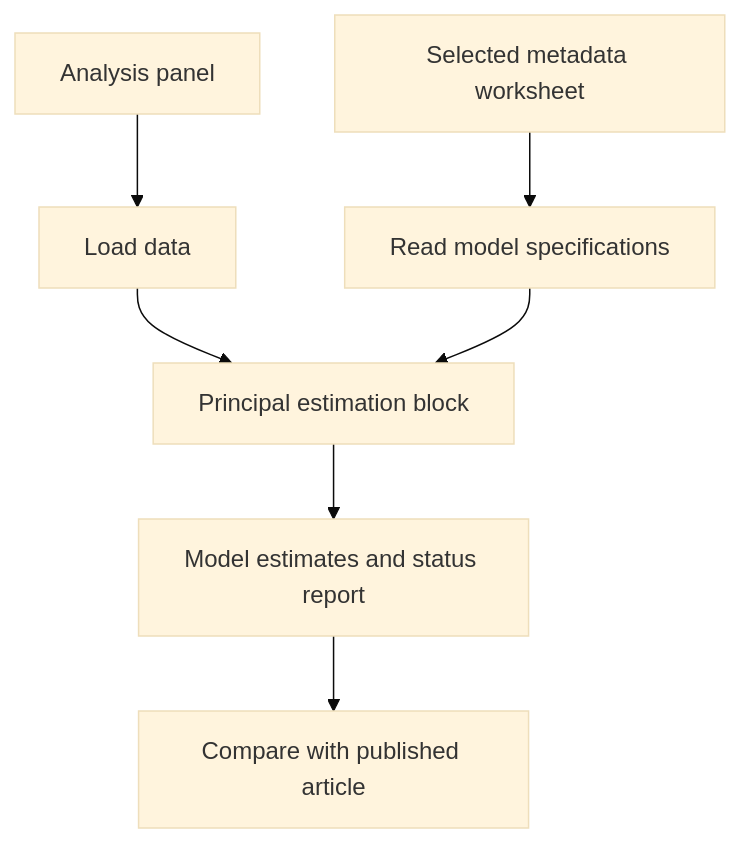
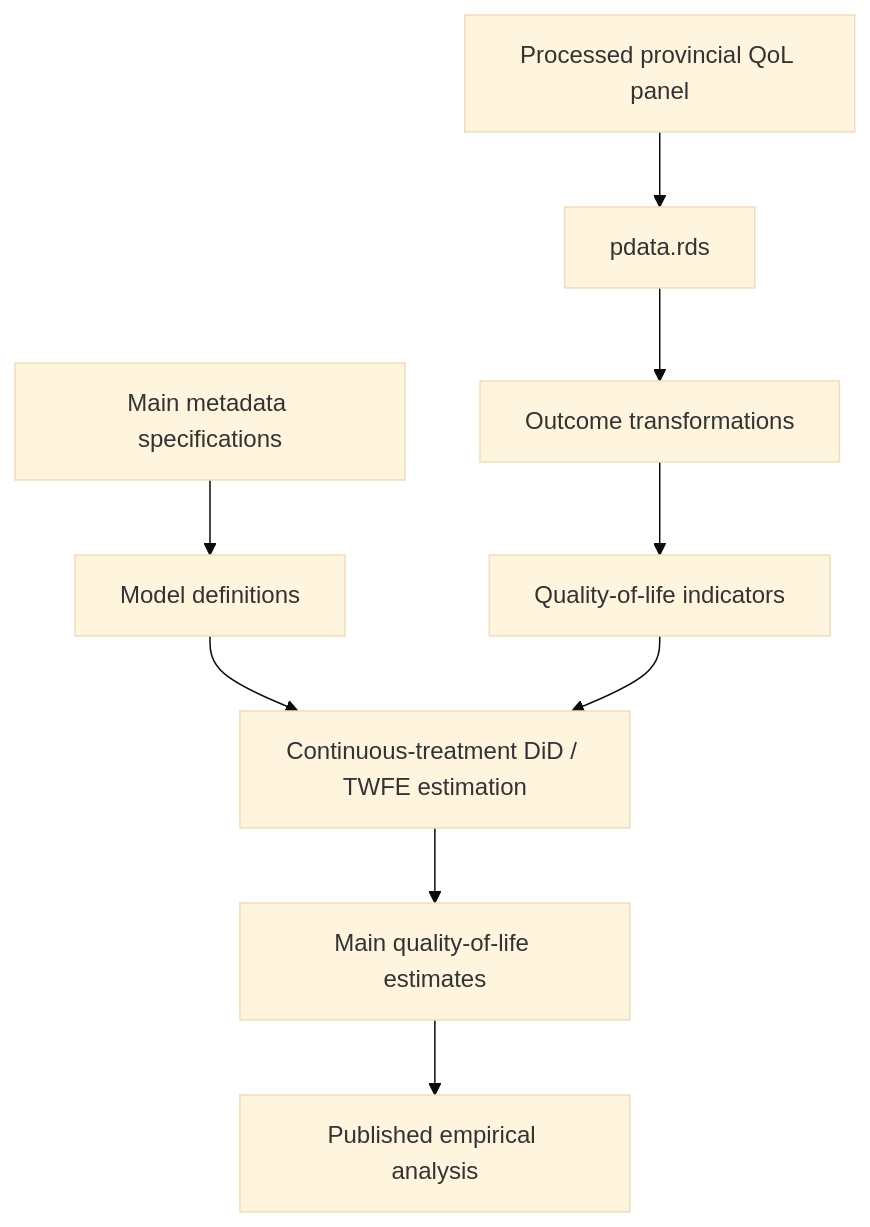
Before and after one commit to gmonturano/Digital_and_quality_of_life: the diagram in README.md, drawn with Mermaid (base theme). The commit also changed other lines of this file, not shown here.

````diff
--- a/README.md
+++ b/README.md
@@ -24,9 +92,13 @@
 ```mermaid
 flowchart TD
-    A[Analysis panel] --> C[Load data]
-    B[Selected metadata worksheet] --> D[Read model specifications]
-    C --> E[Principal estimation block]
-    D --> E
-    E --> F[Model estimates and status report]
-    F --> G[Compare with published article]
+    A["Processed provincial QoL panel"] --> B["pdata.rds"]
+    C["Main metadata specifications"] --> D["Model definitions"]
+
+    B --> E["Outcome transformations"]
+    E --> F["Quality-of-life indicators"]
+    D --> G["Continuous-treatment DiD / TWFE estimation"]
+    F --> G
+
+    G --> H["Main quality-of-life estimates"]
+    H --> I["Published empirical analysis"]
 ```
````
